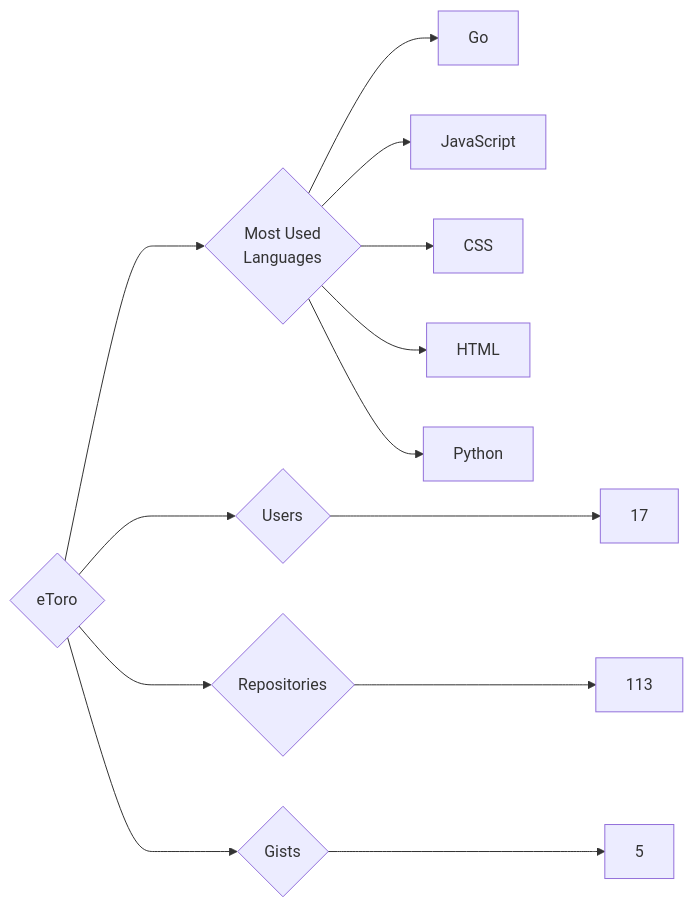
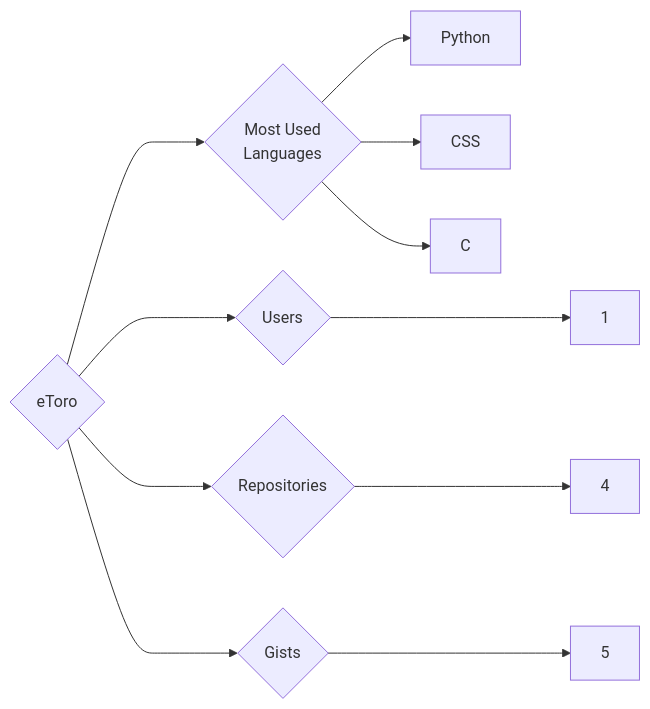
One commit to trickest/insiders changed the diagram in targets/eToro/README.md. Above: the diagram before and after it, drawn with Mermaid. The commit also changed 928 other files, not shown here.

````diff
--- a/targets/eToro/README.md
+++ b/targets/eToro/README.md
@@ -3,13 +3,11 @@
 ```mermaid
 graph LR
 COMPANY_NAME{eToro}
-COMPANY_NAME ---> U{Users} ---> UN[17]
-COMPANY_NAME ---> R{Repositories} ---> RN[113]
+COMPANY_NAME ---> U{Users} ---> UN[1]
+COMPANY_NAME ---> R{Repositories} ---> RN[4]
 COMPANY_NAME ---> G{Gists} ---> GN[5]
 COMPANY_NAME ---> ML{Most Used<br>Languages}
-ML --> Go[Go]
-ML --> JavaScript[JavaScript]
+ML --> Python[Python]
 ML --> CSS[CSS]
-ML --> HTML[HTML]
-ML --> Python[Python]
+ML --> C[C]
 ```
````
